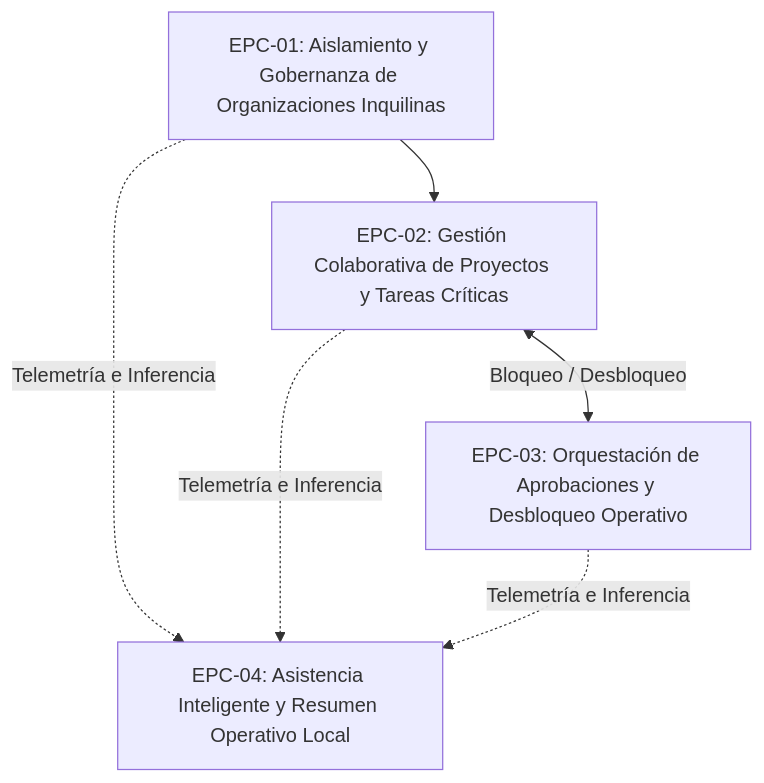
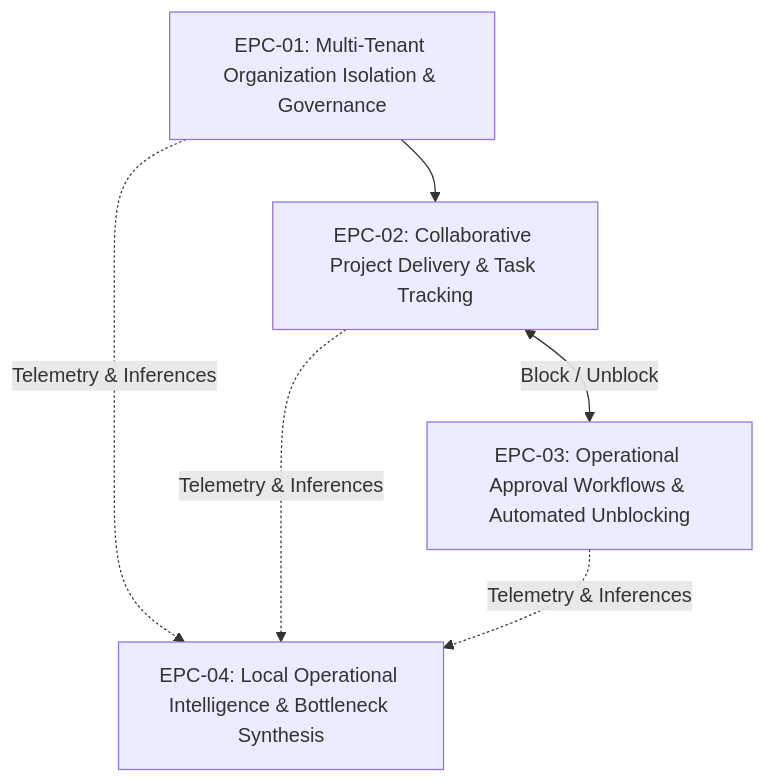
One commit to daniel2004-lsd/worksphere-docs changed the diagram in 03-product/product-backlog.md. Above: the diagram before and after it, drawn with Mermaid. The commit also changed other lines of this file and 22 other files, not shown here.

Commit message:
docs(all): complete english enterprise architecture, security policy, non-functional requirements and EcoRuteandoDb liquibase governance (#4)

````diff
--- a/03-product/product-backlog.md
+++ b/03-product/product-backlog.md
@@ -14,11 +14,11 @@
 ```mermaid
 flowchart TD
-    EPC01["EPC-01: Aislamiento y Gobernanza de Organizaciones Inquilinas"]
-    EPC02["EPC-02: Gestión Colaborativa de Proyectos y Tareas Críticas"]
-    EPC03["EPC-03: Orquestación de Aprobaciones y Desbloqueo Operativo"]
-    EPC04["EPC-04: Asistencia Inteligente y Resumen Operativo Local"]
+    EPC01["EPC-01: Multi-Tenant Organization Isolation & Governance"]
+    EPC02["EPC-02: Collaborative Project Delivery & Task Tracking"]
+    EPC03["EPC-03: Operational Approval Workflows & Automated Unblocking"]
+    EPC04["EPC-04: Local Operational Intelligence & Bottleneck Synthesis"]
 
     EPC01 --> EPC02
-    EPC02 <-->|"Bloqueo / Desbloqueo"| EPC03
-    EPC01 & EPC02 & EPC03 -.->|"Telemetría e Inferencia"| EPC04
+    EPC02 <-->|"Block / Unblock"| EPC03
+    EPC01 & EPC02 & EPC03 -.->|"Telemetry & Inferences"| EPC04
 ```
````
